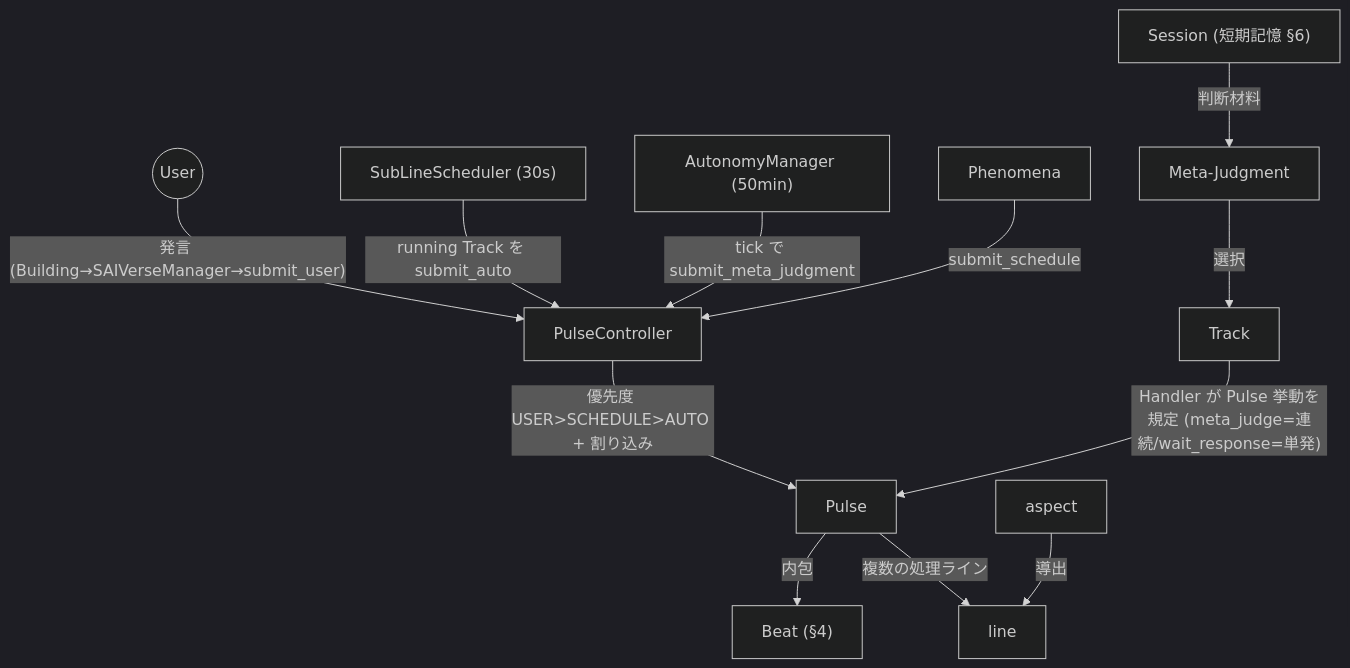
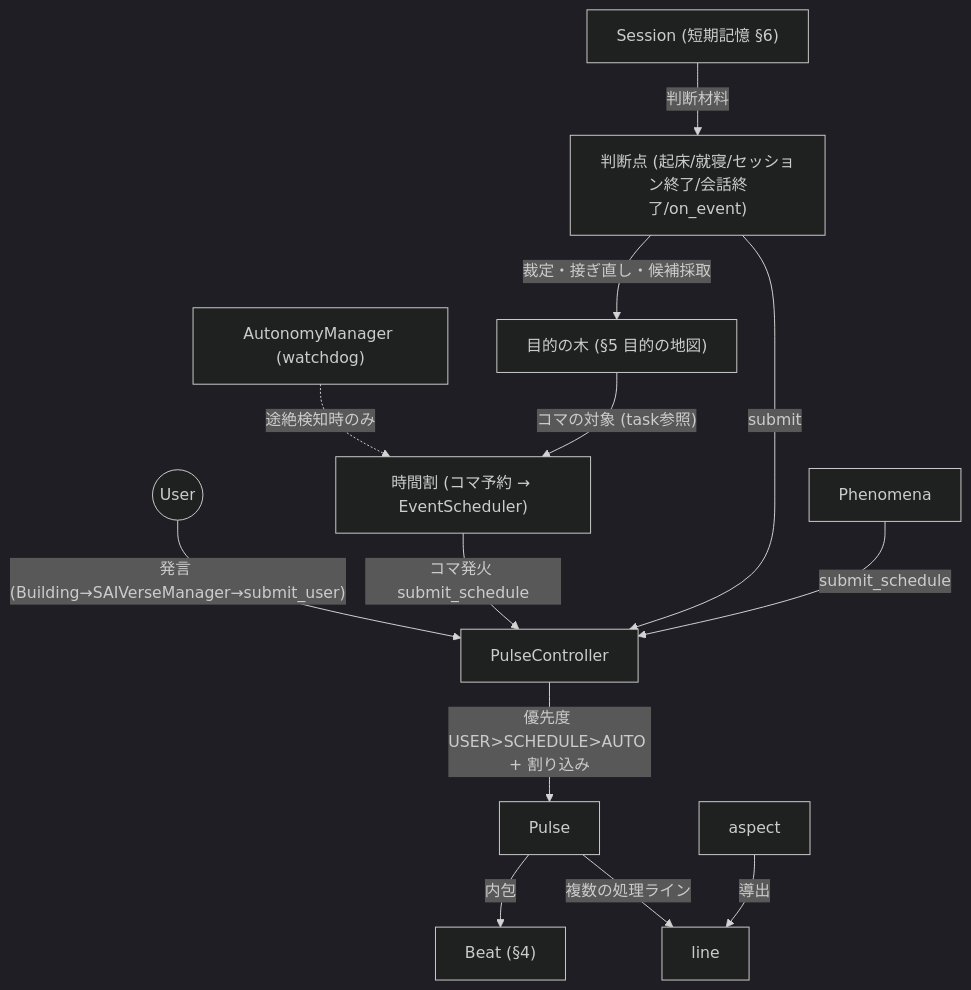
The third of 7 diagrams in docs/overview/landscape.md (maha0525/SAIVerse), drawn with Mermaid (dark theme) before and after one commit. The commit also changed other lines of this file and 1 other file, not shown here.

First line of the commit message:
docs(landscape): v2.0 — Memory Atlas と自律行動v2 (時間割+判断点) を反映する大改訂

````diff
--- a/docs/overview/landscape.md
+++ b/docs/overview/landscape.md
@@ -164,14 +170,15 @@
 ```mermaid
 graph TD
     User((User)) -->|"発言 (Building→SAIVerseManager→submit_user)"| PulseController
-    SubLineScheduler["SubLineScheduler (30s)"] -->|running Track を submit_auto| PulseController
-    AutonomyManager["AutonomyManager (50min)"] -->|tick で submit_meta_judgment| PulseController
+    DayPlan["時間割 (コマ予約 → EventScheduler)"] -->|コマ発火 submit_schedule| PulseController
+    JudgmentPoints["判断点 (起床/就寝/セッション終了/会話終了/on_event)"] -->|submit| PulseController
+    Watchdog["AutonomyManager (watchdog)"] -.->|途絶検知時のみ| DayPlan
     Phenomena -->|submit_schedule| PulseController
-    Session["Session (短期記憶 §6)"] -->|判断材料| MetaJudgment["Meta-Judgment"]
-    MetaJudgment -->|選択| Track
+    Session["Session (短期記憶 §6)"] -->|判断材料| JudgmentPoints
+    JudgmentPoints -->|"裁定・接ぎ直し・候補採取"| PurposeTree["目的の木 (§5 目的の地図)"]
+    PurposeTree -->|"コマの対象 (task参照)"| DayPlan
     PulseController -->|"優先度 USER>SCHEDULE>AUTO + 割り込み"| Pulse
-    Track -->|"Handler が Pulse 挙動を規定 (meta_judge=連続/wait_response=単発)"| Pulse
     Pulse -->|内包| Beat["Beat (§4)"]
     Pulse -->|複数の処理ライン| line
     aspect -->|導出| line
 ```
````
